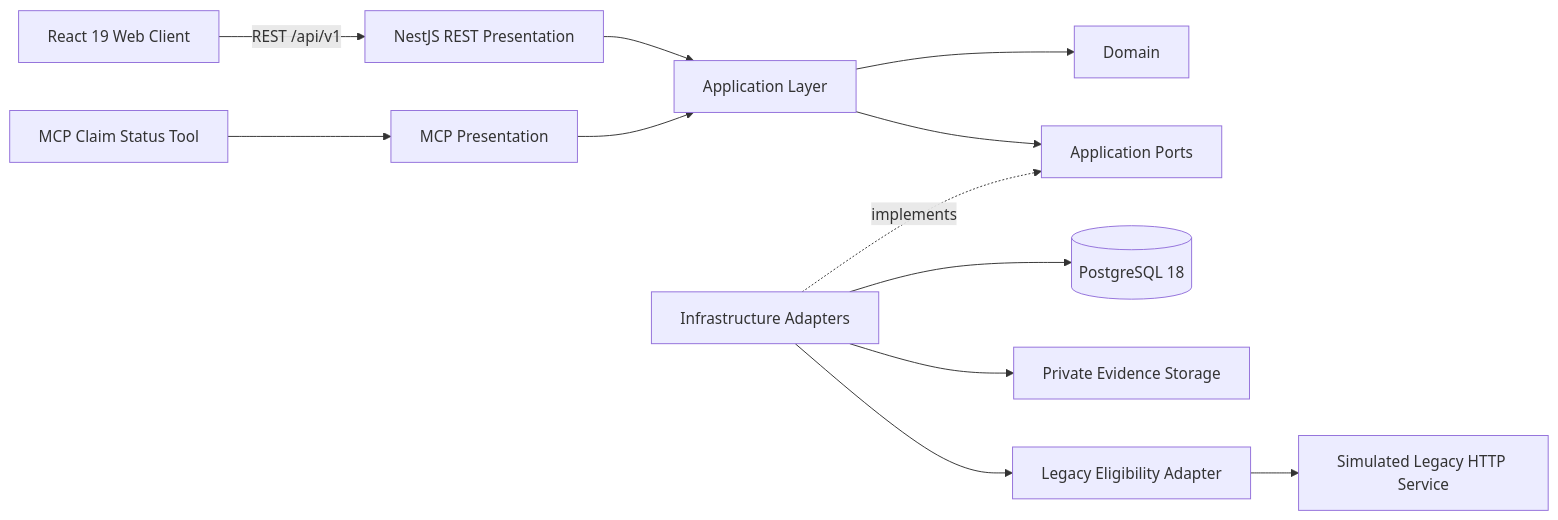
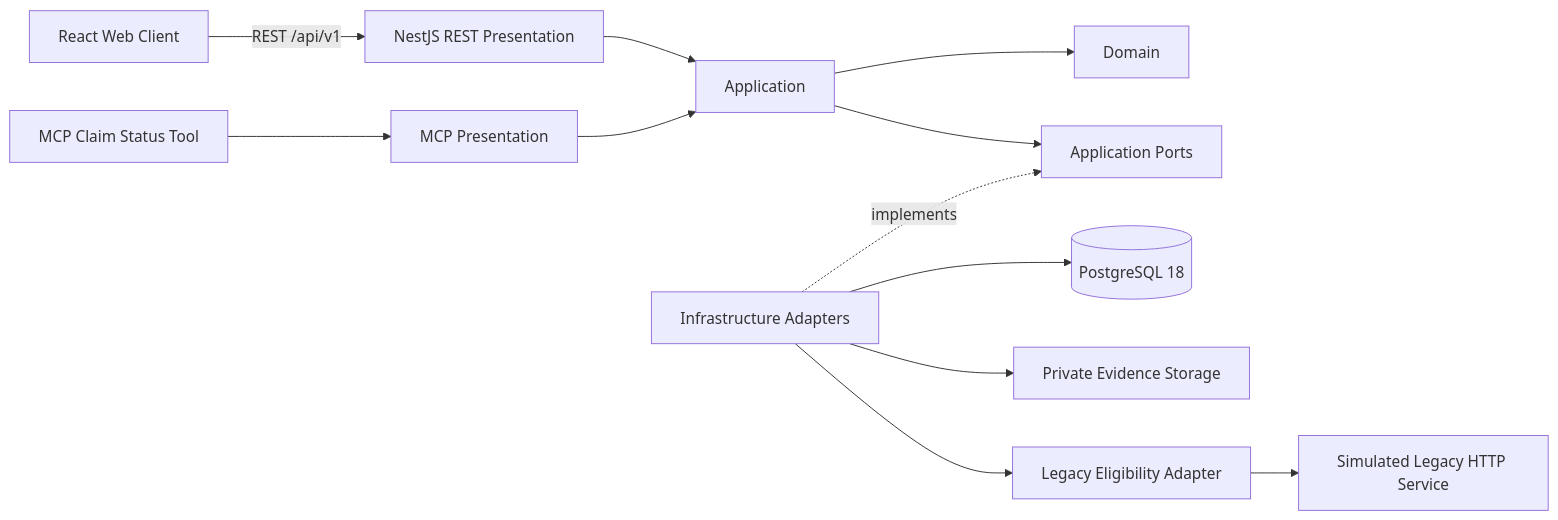
One commit to LuisHdezE/InsuranceClaims changed the diagram in README.md. Above: the diagram before and after it, drawn with Mermaid. The commit also changed other lines of this file, not shown here.

````diff
--- a/README.md
+++ b/README.md
@@ -112,16 +90,14 @@
 ```mermaid
 flowchart LR
-    Web[React 19 Web Client] -->|REST /api/v1| REST[NestJS REST Presentation]
+    Web[React Web Client] -->|REST /api/v1| REST[NestJS REST Presentation]
     MCP[MCP Claim Status Tool] --> MCPPres[MCP Presentation]
-
-    REST --> App[Application Layer]
+    REST --> App[Application]
     MCPPres --> App
     App --> Domain[Domain]
     App --> Ports[Application Ports]
-
     Infra[Infrastructure Adapters] -. implements .-> Ports
     Infra --> PG[(PostgreSQL 18)]
     Infra --> Evidence[Private Evidence Storage]
     Infra --> LegacyAdapter[Legacy Eligibility Adapter]
     LegacyAdapter --> Legacy[Simulated Legacy HTTP Service]
 ```
````
